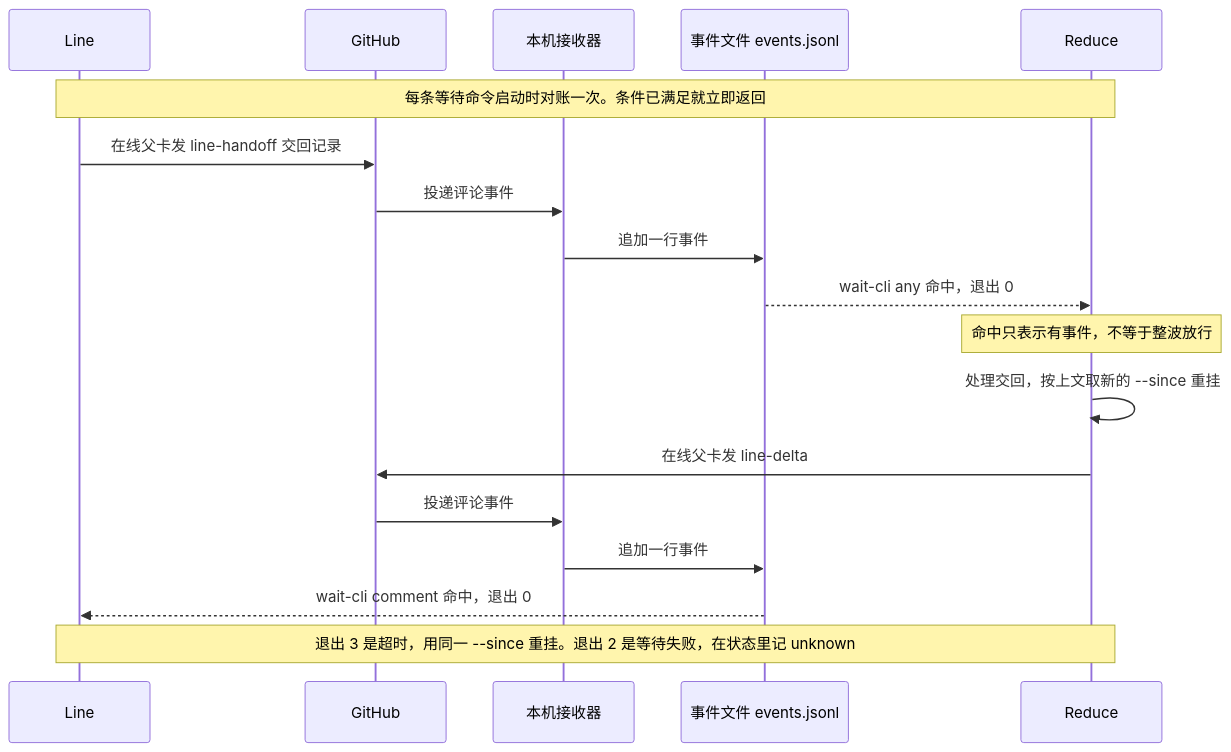
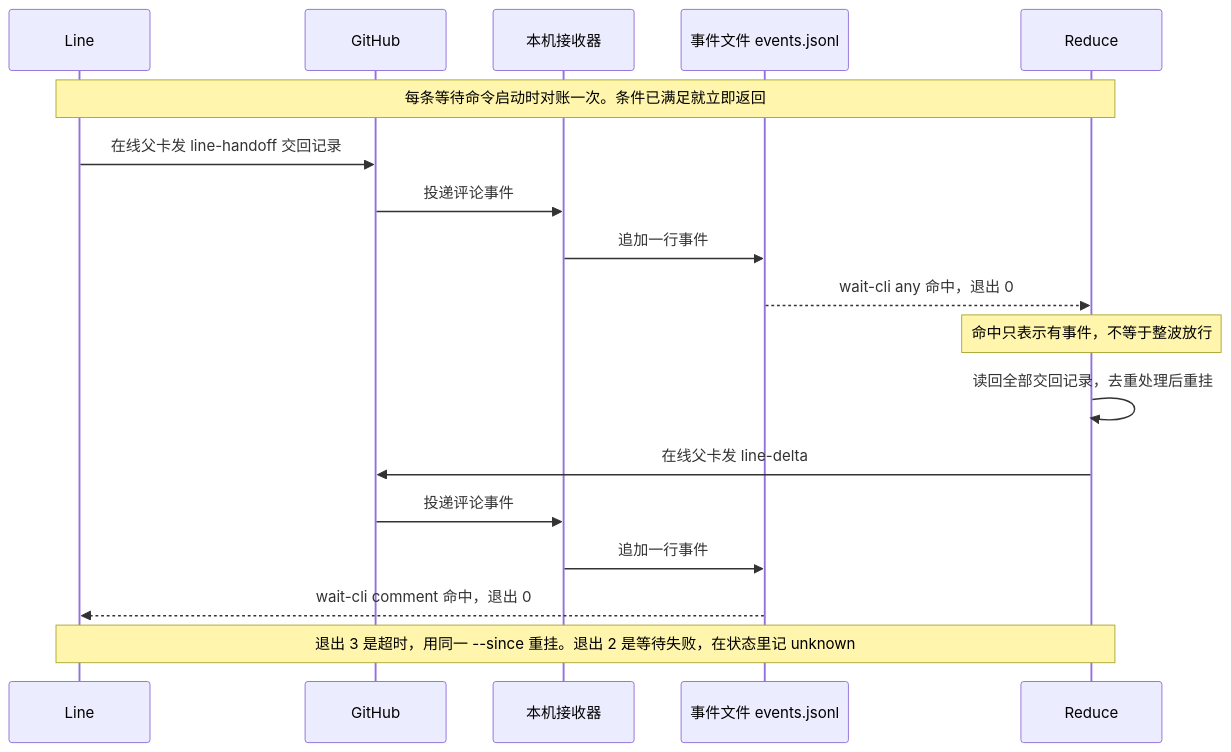
The second of 2 diagrams in docs/engineering/integration.md (nemori-ai/omne-harness-lite), drawn with Mermaid before and after one commit. The commit also changed other lines of this file and 5 other files, not shown here.

````diff
--- a/docs/engineering/integration.md
+++ b/docs/engineering/integration.md
@@ -425,20 +427,20 @@
 ```mermaid
 sequenceDiagram
   participant L as Line
   participant G as GitHub
   participant R as 本机接收器
   participant E as 事件文件 events.jsonl
   participant D as Reduce
   Note over L,D: 每条等待命令启动时对账一次。条件已满足就立即返回
   L->>G: 在线父卡发 line-handoff 交回记录
   G->>R: 投递评论事件
   R->>E: 追加一行事件
   E-->>D: wait-cli any 命中，退出 0
   Note over D: 命中只表示有事件，不等于整波放行
-  D->>D: 处理交回，按上文取新的 --since 重挂
+  D->>D: 读回全部交回记录，去重处理后重挂
   D->>G: 在线父卡发 line-delta
   G->>R: 投递评论事件
   R->>E: 追加一行事件
   E-->>L: wait-cli comment 命中，退出 0
   Note over L,D: 退出 3 是超时，用同一 --since 重挂。退出 2 是等待失败，在状态里记 unknown
 ```
````
